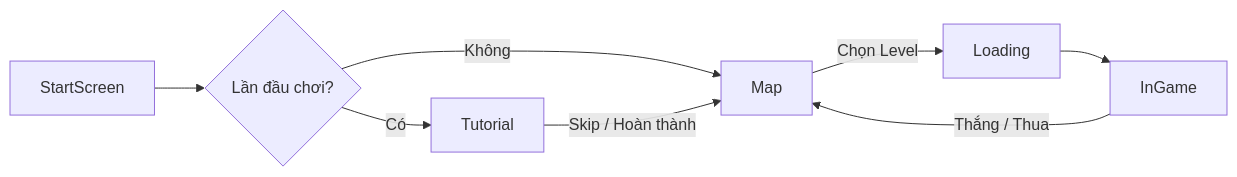
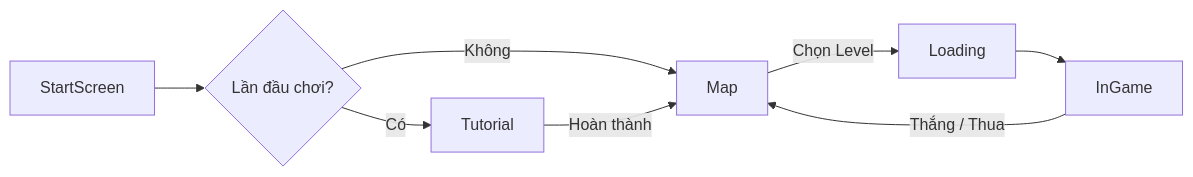
One commit to gcc-dtung/Pirate-Tiles changed the first of 3 diagrams in Assets/Documents/DOCS_PROJECT_STRUCTURE.md. Above: the diagram before and after it, drawn with Mermaid. The commit also changed other lines of this file and 62 other files, not shown here.

````diff
--- a/Assets/Documents/DOCS_PROJECT_STRUCTURE.md
+++ b/Assets/Documents/DOCS_PROJECT_STRUCTURE.md
@@ -176,10 +101,10 @@
 ```mermaid
 graph LR
     A[StartScreen] --> B{Lần đầu chơi?}
     B -->|Có| C[Tutorial]
     B -->|Không| D[Map]
-    C -->|Skip / Hoàn thành| D
+    C -->|Hoàn thành| D
     D -->|Chọn Level| E[Loading]
     E --> F[InGame]
     F -->|Thắng / Thua| D
 ```
````
